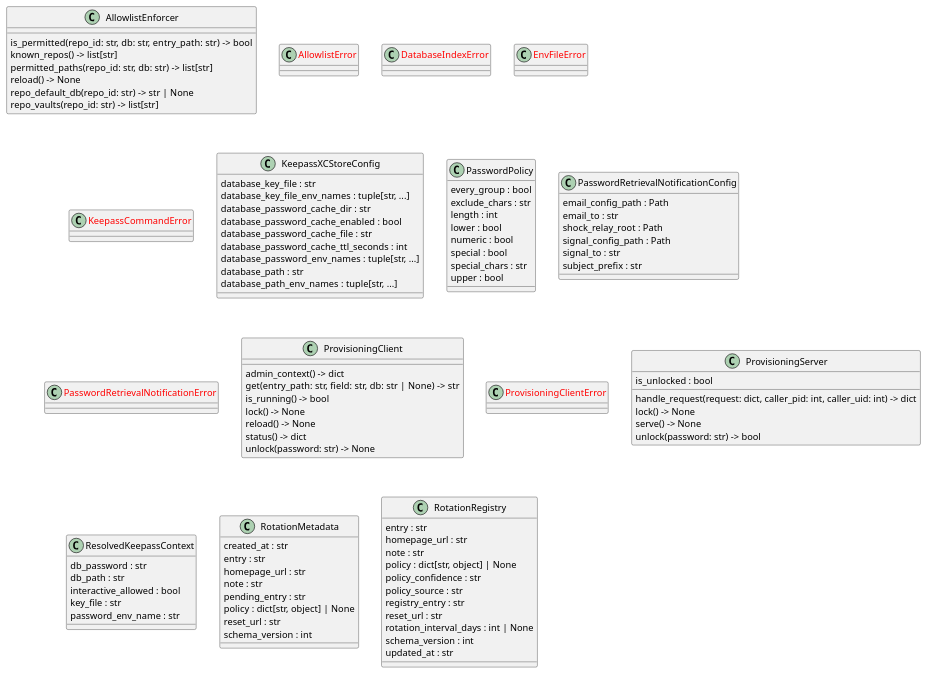
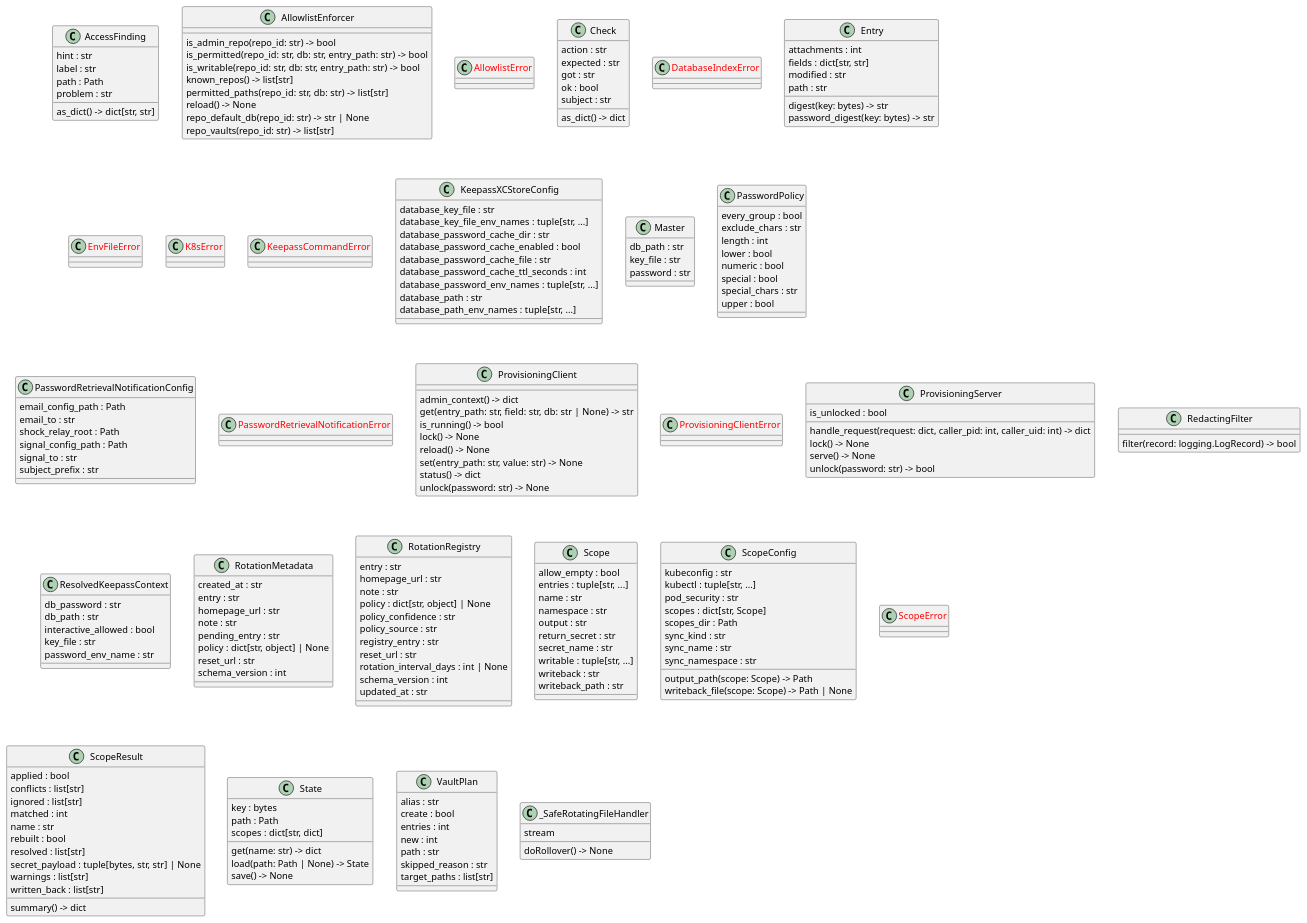
Before and after one commit to casonk/auto-pass: the diagram in docs/diagrams/python-classes.puml, drawn with PlantUML. The commit also changed 25 other files, not shown here.

```diff
--- a/docs/diagrams/python-classes.puml
+++ b/docs/diagrams/python-classes.puml
@@ -1,98 +1,194 @@
-@startuml classes_checkout
+@startuml classes_auto-pass
 set namespaceSeparator none
+class "AccessFinding" as src.auto_pass.access.AccessFinding {
+  hint : str
+  label : str
+  path : Path
+  problem : str
+  as_dict() -> dict[str, str]
+}
 class "AllowlistEnforcer" as src.auto_pass.allowlist.AllowlistEnforcer {
+  is_admin_repo(repo_id: str) -> bool
   is_permitted(repo_id: str, db: str, entry_path: str) -> bool
+  is_writable(repo_id: str, db: str, entry_path: str) -> bool
   known_repos() -> list[str]
   permitted_paths(repo_id: str, db: str) -> list[str]
   reload() -> None
   repo_default_db(repo_id: str) -> str | None
   repo_vaults(repo_id: str) -> list[str]
 }
 class "<color:red>AllowlistError</color>" as src.auto_pass.allowlist.AllowlistError {
 }
+class "Check" as src.auto_pass.k8s.Check {
+  action : str
+  expected : str
+  got : str
+  ok : bool
+  subject : str
+  as_dict() -> dict
+}
 class "<color:red>DatabaseIndexError</color>" as src.auto_pass.dbindex.DatabaseIndexError {
 }
+class "Entry" as src.auto_pass.kdbx.Entry {
+  attachments : int
+  fields : dict[str, str]
+  modified : str
+  path : str
+  digest(key: bytes) -> str
+  password_digest(key: bytes) -> str
+}
 class "<color:red>EnvFileError</color>" as src.auto_pass.envfile.EnvFileError {
+}
+class "<color:red>K8sError</color>" as src.auto_pass.k8s.K8sError {
 }
 class "<color:red>KeepassCommandError</color>" as src.auto_pass.keepassxc.KeepassCommandError {
 }
 class "KeepassXCStoreConfig" as src.auto_pass.keepassxc.KeepassXCStoreConfig {
   database_key_file : str
   database_key_file_env_names : tuple[str, ...]
   database_password_cache_dir : str
   database_password_cache_enabled : bool
   database_password_cache_file : str
   database_password_cache_ttl_seconds : int
   database_password_env_names : tuple[str, ...]
   database_path : str
   database_path_env_names : tuple[str, ...]
+}
+class "Master" as src.auto_pass.scopes.Master {
+  db_path : str
+  key_file : str
+  password : str
 }
 class "PasswordPolicy" as src.auto_pass.rotation.PasswordPolicy {
   every_group : bool
   exclude_chars : str
   length : int
   lower : bool
   numeric : bool
   special : bool
   special_chars : str
   upper : bool
 }
 class "PasswordRetrievalNotificationConfig" as src.auto_pass.notifications.PasswordRetrievalNotificationConfig {
   email_config_path : Path
   email_to : str
   shock_relay_root : Path
   signal_config_path : Path
   signal_to : str
   subject_prefix : str
 }
 class "<color:red>PasswordRetrievalNotificationError</color>" as src.auto_pass.notifications.PasswordRetrievalNotificationError {
 }
 class "ProvisioningClient" as src.auto_pass.client.ProvisioningClient {
   admin_context() -> dict
   get(entry_path: str, field: str, db: str | None) -> str
   is_running() -> bool
   lock() -> None
   reload() -> None
+  set(entry_path: str, value: str) -> None
   status() -> dict
   unlock(password: str) -> None
 }
 class "<color:red>ProvisioningClientError</color>" as src.auto_pass.client.ProvisioningClientError {
 }
 class "ProvisioningServer" as src.auto_pass.server.ProvisioningServer {
   is_unlocked : bool
   handle_request(request: dict, caller_pid: int, caller_uid: int) -> dict
   lock() -> None
   serve() -> None
   unlock(password: str) -> bool
+}
+class "RedactingFilter" as src.auto_pass.logging_setup.RedactingFilter {
+  filter(record: logging.LogRecord) -> bool
 }
 class "ResolvedKeepassContext" as src.auto_pass.keepassxc.ResolvedKeepassContext {
   db_password : str
   db_path : str
   interactive_allowed : bool
   key_file : str
   password_env_name : str
 }
 class "RotationMetadata" as src.auto_pass.rotation.RotationMetadata {
   created_at : str
   entry : str
   homepage_url : str
   note : str
   pending_entry : str
   policy : dict[str, object] | None
   reset_url : str
   schema_version : int
 }
 class "RotationRegistry" as src.auto_pass.rotation.RotationRegistry {
   entry : str
   homepage_url : str
   note : str
   policy : dict[str, object] | None
   policy_confidence : str
   policy_source : str
   registry_entry : str
   reset_url : str
   rotation_interval_days : int | None
   schema_version : int
   updated_at : str
 }
+class "Scope" as src.auto_pass.scopes.Scope {
+  allow_empty : bool
+  entries : tuple[str, ...]
+  name : str
+  namespace : str
+  output : str
+  return_secret : str
+  secret_name : str
+  writable : tuple[str, ...]
+  writeback : str
+  writeback_path : str
+}
+class "ScopeConfig" as src.auto_pass.scopes.ScopeConfig {
+  kubeconfig : str
+  kubectl : tuple[str, ...]
+  pod_security : str
+  scopes : dict[str, Scope]
+  scopes_dir : Path
+  sync_kind : str
+  sync_name : str
+  sync_namespace : str
+  output_path(scope: Scope) -> Path
+  writeback_file(scope: Scope) -> Path | None
+}
+class "<color:red>ScopeError</color>" as src.auto_pass.scopes.ScopeError {
+}
+class "ScopeResult" as src.auto_pass.scopes.ScopeResult {
+  applied : bool
+  conflicts : list[str]
+  ignored : list[str]
+  matched : int
+  name : str
+  rebuilt : bool
+  resolved : list[str]
+  secret_payload : tuple[bytes, str, str] | None
+  warnings : list[str]
+  written_back : list[str]
+  summary() -> dict
+}
+class "State" as src.auto_pass.scopes.State {
+  key : bytes
+  path : Path
+  scopes : dict[str, dict]
+  get(name: str) -> dict
+  load(path: Path | None) -> State
+  save() -> None
+}
+class "VaultPlan" as src.auto_pass.consolidate.VaultPlan {
+  alias : str
+  create : bool
+  entries : int
+  new : int
+  path : str
+  skipped_reason : str
+  target_paths : list[str]
+}
+class "_SafeRotatingFileHandler" as src.auto_pass.logging_setup._SafeRotatingFileHandler {
+  stream
+  doRollover() -> None
+}
 @enduml
```
